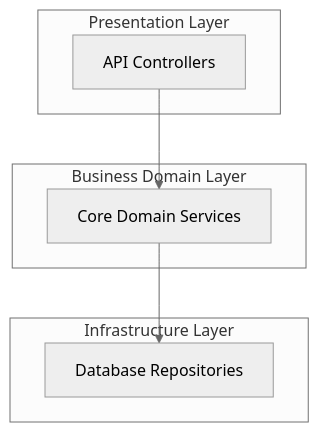
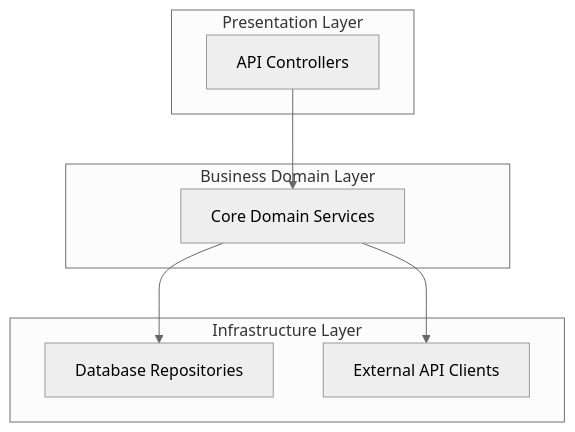
The first of 3 diagrams in .agents/skills/sextant-drift/references/invariants-dsl.md (blacktea1526/SextantDrift), drawn with Mermaid (neutral theme) before and after one commit. The commit also changed other lines of this file and 3 other files, not shown here.

Commit message:
docs(skill): optimize sextant-drift skill with C4 dual diagram, fix manifests, and api contracts

````diff
--- a/.agents/skills/sextant-drift/references/invariants-dsl.md
+++ b/.agents/skills/sextant-drift/references/invariants-dsl.md
@@ -101,15 +174,17 @@
 ```mermaid
 flowchart TD
-    subgraph presentation ["Presentation Layer"]
+    subgraph Presentation ["Presentation Layer"]
         Controllers["API Controllers"]
     end
-    subgraph domain ["Business Domain Layer"]
+    subgraph Domain ["Business Domain Layer"]
         Services["Core Domain Services"]
     end
-    subgraph infrastructure ["Infrastructure Layer"]
+    subgraph Infrastructure ["Infrastructure Layer"]
         Repositories["Database Repositories"]
+        Gateways["External API Clients"]
     end
 
     Controllers --> Services
     Services --> Repositories
+    Services --> Gateways
 ```
````
